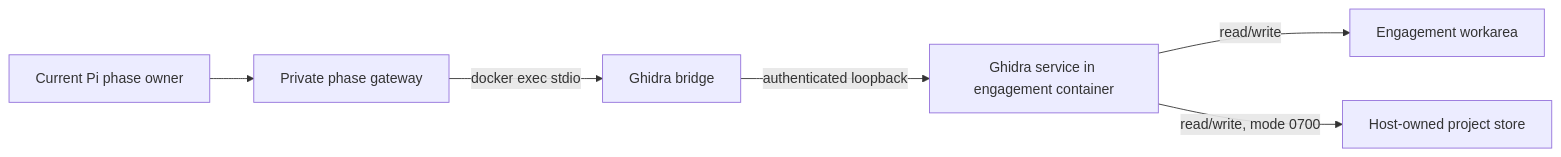
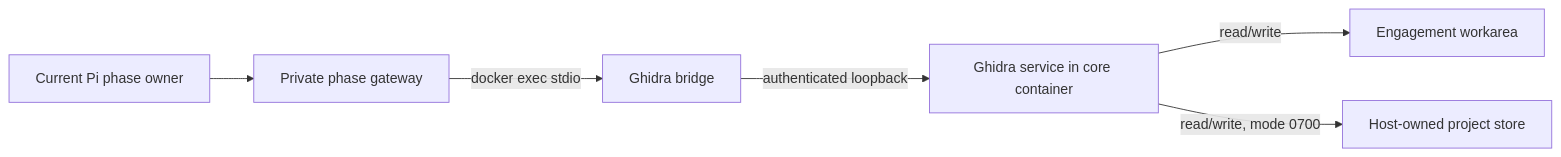
Before and after one commit to cyberful/cyberful: the diagram in docs/runtimes/ghidra.md, drawn with Mermaid. The commit also changed other lines of this file and 233 other files, not shown here.

````diff
--- a/docs/runtimes/ghidra.md
+++ b/docs/runtimes/ghidra.md
@@ -15,8 +9,8 @@
 ```mermaid
 flowchart LR
     Phase["Current Pi phase owner"] --> Gateway["Private phase gateway"]
     Gateway -->|"docker exec stdio"| Bridge["Ghidra bridge"]
-    Bridge -->|"authenticated loopback"| Service["Ghidra service in engagement container"]
+    Bridge -->|"authenticated loopback"| Service["Ghidra service in core container"]
     Service -->|"read/write"| Workarea["Engagement workarea"]
     Service -->|"read/write, mode 0700"| Store["Host-owned project store"]
 ```
````
